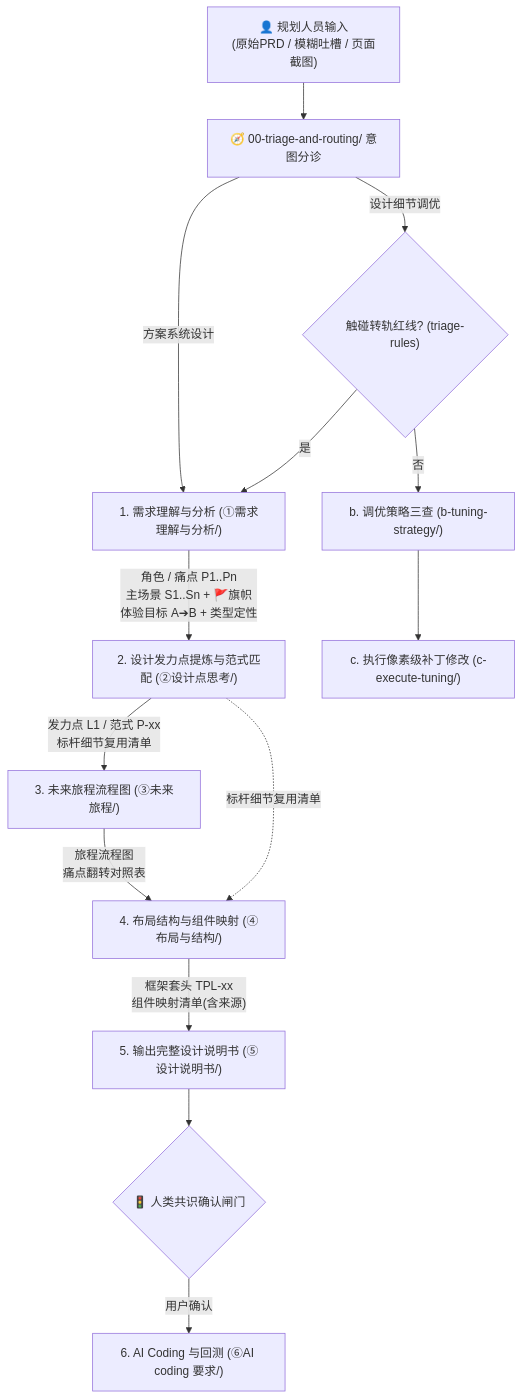
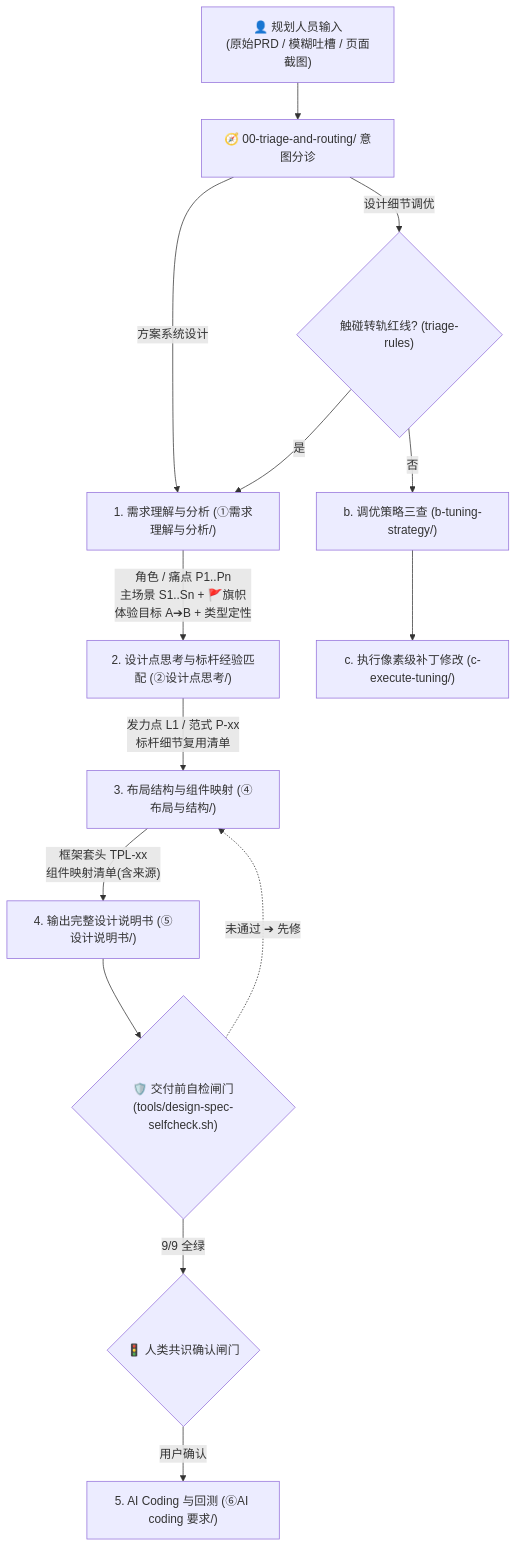
The first of 3 diagrams in 04-workflows-and-cases/execution-sop.md (wangjue2026/skill-designer-prism), drawn with Mermaid before and after one commit. The commit also changed other lines of this file and 24 other files, not shown here.

````diff
--- a/04-workflows-and-cases/execution-sop.md
+++ b/04-workflows-and-cases/execution-sop.md
@@ -11,19 +11,18 @@
 ```mermaid
 graph TD
     Start["👤 规划人员输入<br>(原始PRD / 模糊吐槽 / 页面截图)"] --> Triage["🧭 00-triage-and-routing/ 意图分诊"]
 
     Triage -->|"方案系统设计"| S1["1. 需求理解与分析 (①需求理解与分析/)"]
-    S1 -->|"角色 / 痛点 P1..Pn<br>主场景 S1..Sn + 🚩旗帜<br>体验目标 A➔B + 类型定性"| S2["2. 设计发力点提炼与范式匹配 (②设计点思考/)"]
-    S3["3. 未来旅程流程图 (③未来旅程/)"]
-    S2 -->|"发力点 L1 / 范式 P-xx<br>标杆细节复用清单"| S3
-    S3 -->|"旅程流程图<br>痛点翻转对照表"| S4["4. 布局结构与组件映射 (④布局与结构/)"]
-    S2 -. "标杆细节复用清单" .-> S4
-    S4 -->|"框架套头 TPL-xx<br>组件映射清单(含来源)"| S5["5. 输出完整设计说明书 (⑤设计说明书/)"]
-    S5 --> Gate{"🚦 人类共识确认闸门"}
-    Gate -->|"用户确认"| S6["6. AI Coding 与回测 (⑥AI coding 要求/)"]
+    S1 -->|"角色 / 痛点 P1..Pn<br>主场景 S1..Sn + 🚩旗帜<br>体验目标 A➔B + 类型定性"| S2["2. 设计点思考与标杆经验匹配 (②设计点思考/)"]
+    S2 -->|"发力点 L1 / 范式 P-xx<br>标杆细节复用清单"| S3["3. 布局结构与组件映射 (④布局与结构/)"]
+    S3 -->|"框架套头 TPL-xx<br>组件映射清单(含来源)"| S4["4. 输出完整设计说明书 (⑤设计说明书/)"]
+    S4 --> Check{"🛡️ 交付前自检闸门<br>(tools/design-spec-selfcheck.sh)"}
+    Check -->|"9/9 全绿"| Gate{"🚦 人类共识确认闸门"}
+    Check -.->|"未通过 ➔ 先修"| S3
+    Gate -->|"用户确认"| S5["5. AI Coding 与回测 (⑥AI coding 要求/)"]
 
     Triage -->|"设计细节调优"| Redline{"触碰转轨红线? (triage-rules)"}
     Redline -->|"是"| S1
     Redline -->|"否"| M2["b. 调优策略三查 (b-tuning-strategy/)"]
     M2 --> M3["c. 执行像素级补丁修改 (c-execute-tuning/)"]
 ```
````
